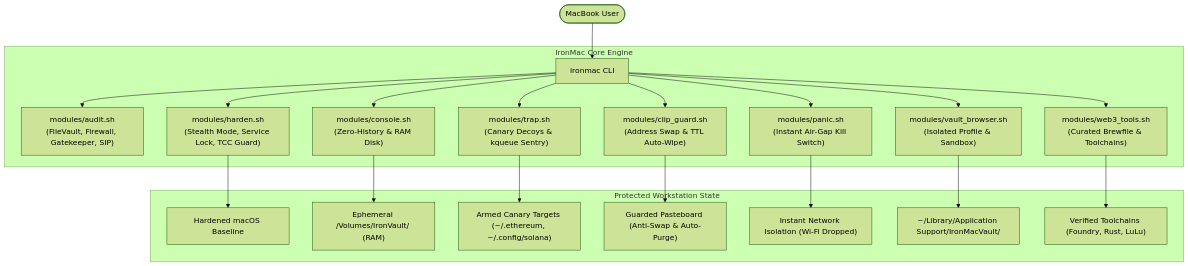
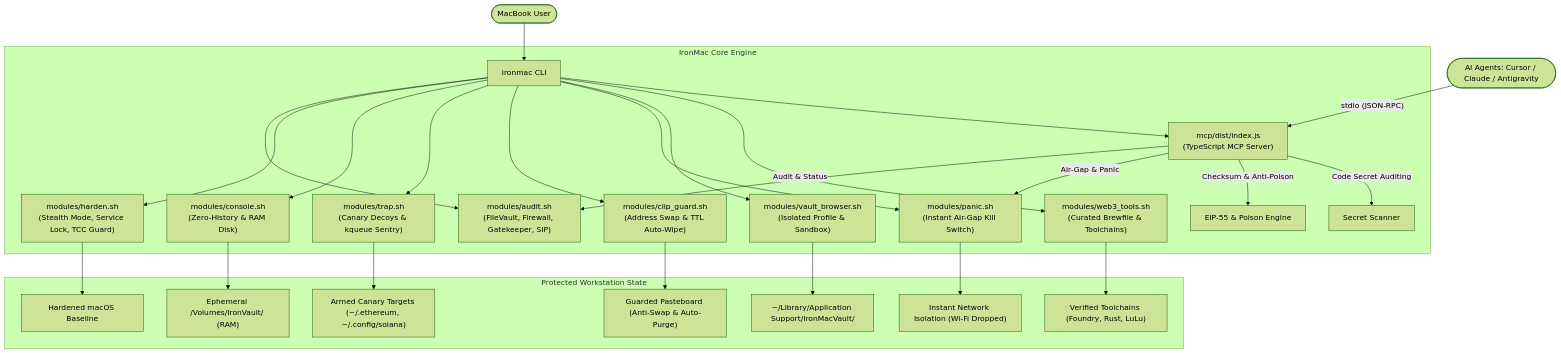
The diagram in README.md (0xaicrypto/ironmac), drawn with Mermaid (forest theme) before and after one commit. The commit also changed other lines of this file and 10 other files, not shown here.

Commit message:
feat(mcp): add native TypeScript Model Context Protocol server and AI ecosystem docs

````diff
--- a/README.md
+++ b/README.md
@@ -278,25 +493,32 @@
 ```mermaid
 flowchart TD
     User([MacBook User]) --> CLI["ironmac CLI"]
+    AIAgent([AI Agents: Cursor / Claude / Antigravity]) -->|"stdio (JSON-RPC)"| MCP["mcp/dist/index.js<br/>(TypeScript MCP Server)"]
     
     subgraph "IronMac Core Engine"
         CLI --> Audit["modules/audit.sh<br/>(FileVault, Firewall, Gatekeeper, SIP)"]
         CLI --> Harden["modules/harden.sh<br/>(Stealth Mode, Service Lock, TCC Guard)"]
         CLI --> Console["modules/console.sh<br/>(Zero-History & RAM Disk)"]
         CLI --> Trap["modules/trap.sh<br/>(Canary Decoys & kqueue Sentry)"]
         CLI --> ClipGuard["modules/clip_guard.sh<br/>(Address Swap & TTL Auto-Wipe)"]
         CLI --> Panic["modules/panic.sh<br/>(Instant Air-Gap Kill Switch)"]
         CLI --> VaultBrowser["modules/vault_browser.sh<br/>(Isolated Profile & Sandbox)"]
         CLI --> Web3Tools["modules/web3_tools.sh<br/>(Curated Brewfile & Toolchains)"]
+        CLI --> MCP
+        
+        MCP -->|"Audit & Status"| Audit
+        MCP -->|"Air-Gap & Panic"| Panic
+        MCP -->|"Checksum & Anti-Poison"| AddrEngine["EIP-55 & Poison Engine"]
+        MCP -->|"Code Secret Auditing"| SecretEngine["Secret Scanner"]
     end
     
     subgraph "Protected Workstation State"
         Harden --> SecOS["Hardened macOS Baseline"]
         Console --> RAMSpace["Ephemeral /Volumes/IronVault/ (RAM)"]
         Trap --> Tripwire["Armed Canary Targets (~/.ethereum, ~/.config/solana)"]
         ClipGuard --> Pasteboard["Guarded Pasteboard (Anti-Swap & Auto-Purge)"]
         Panic --> AirGap["Instant Network Isolation (Wi-Fi Dropped)"]
         VaultBrowser --> IsolatedData["~/Library/Application Support/IronMacVault/"]
         Web3Tools --> DevEnv["Verified Toolchains (Foundry, Rust, LuLu)"]
     end
 ```
````
